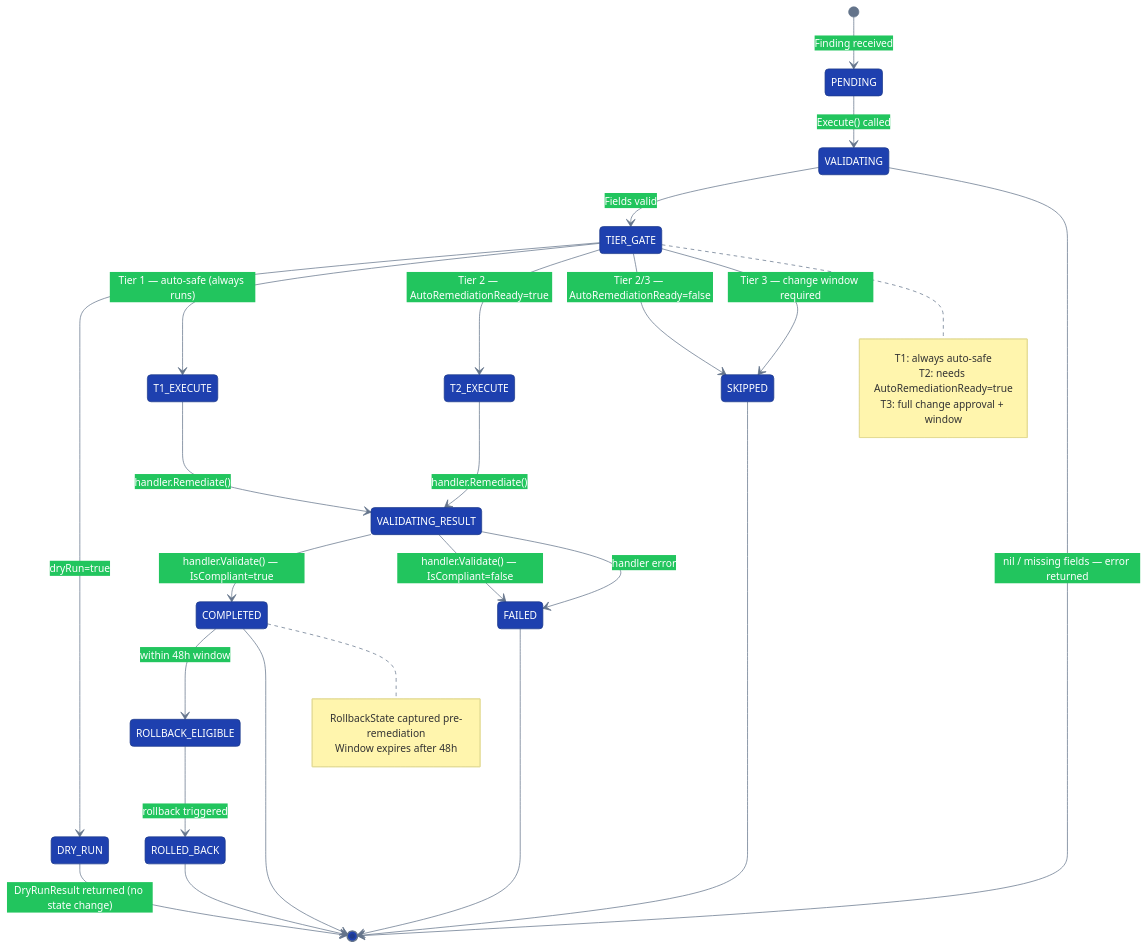
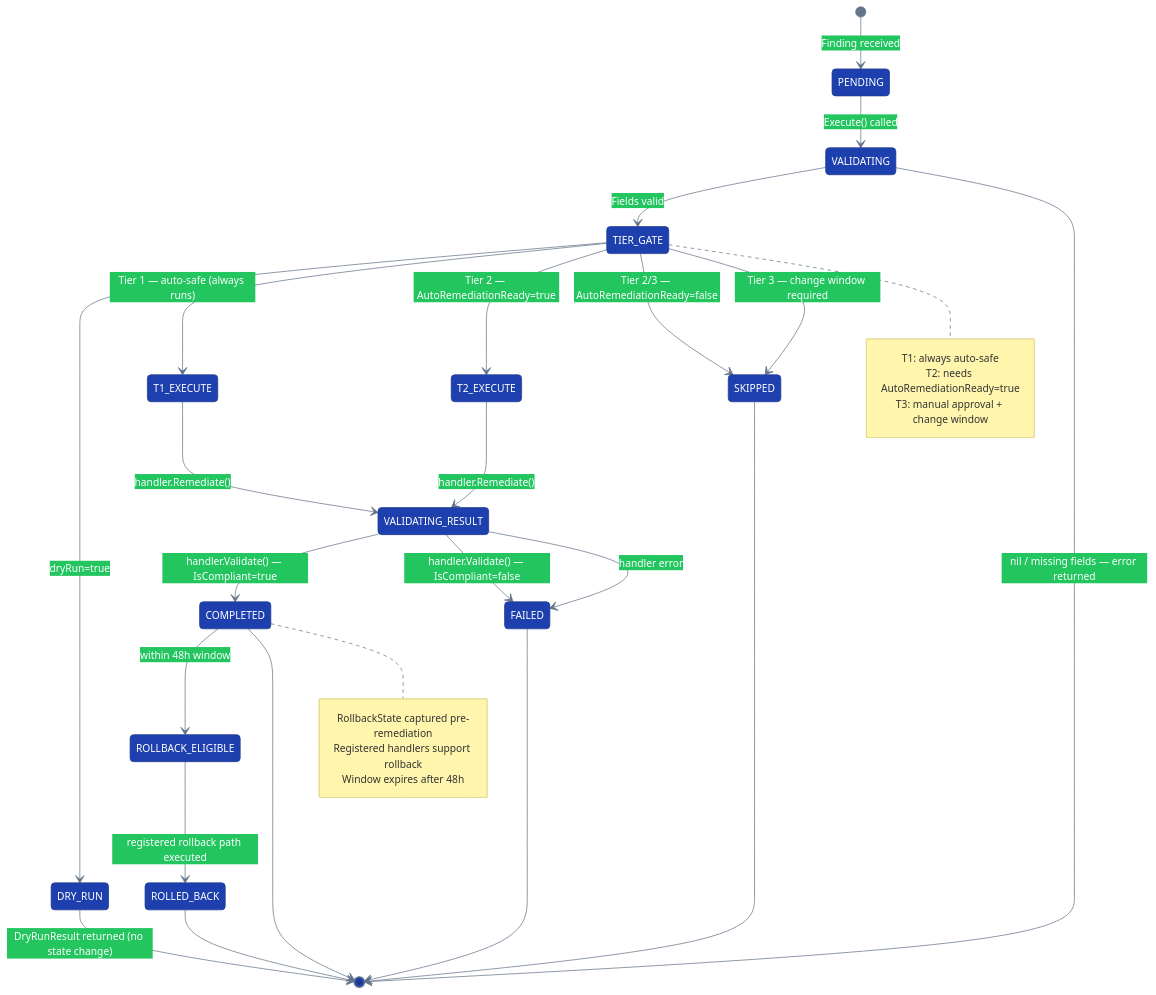
The diagram in docs/core/diagrams/remediation-dispatcher-flow.mmd (lvonguyen/cloudforge), drawn with Mermaid before and after one commit. The commit also changed 54 other files, not shown here.

First line of the commit message:
docs: Figma-native CF.1-CF.8 diagram exports + stale render cleanup

```diff
--- a/docs/core/diagrams/remediation-dispatcher-flow.mmd
+++ b/docs/core/diagrams/remediation-dispatcher-flow.mmd
@@ -1,45 +1,46 @@
 %%{init: {'theme': 'base', 'themeVariables': {'fontFamily': 'Inter, system-ui, sans-serif', 'fontSize': '14px', 'primaryColor': '#1e40af', 'primaryTextColor': '#fff', 'primaryBorderColor': '#1e3a8a', 'lineColor': '#64748b', 'secondaryColor': '#22c55e', 'tertiaryColor': '#ef4444'}}}%%
 
 stateDiagram-v2
     direction TB
 
     [*] --> PENDING : Finding received
 
     PENDING --> VALIDATING : Execute() called
 
     VALIDATING --> TIER_GATE : Fields valid
     VALIDATING --> [*] : nil / missing fields — error returned
 
     TIER_GATE --> DRY_RUN : dryRun=true
     TIER_GATE --> T1_EXECUTE : Tier 1 — auto-safe (always runs)
     TIER_GATE --> T2_EXECUTE : Tier 2 — AutoRemediationReady=true
     TIER_GATE --> SKIPPED : Tier 2/3 — AutoRemediationReady=false
     TIER_GATE --> SKIPPED : Tier 3 — change window required
 
     DRY_RUN --> [*] : DryRunResult returned (no state change)
 
     T1_EXECUTE --> VALIDATING_RESULT : handler.Remediate()
     T2_EXECUTE --> VALIDATING_RESULT : handler.Remediate()
 
     VALIDATING_RESULT --> COMPLETED : handler.Validate() — IsCompliant=true
     VALIDATING_RESULT --> FAILED : handler.Validate() — IsCompliant=false
     VALIDATING_RESULT --> FAILED : handler error
 
     COMPLETED --> ROLLBACK_ELIGIBLE : within 48h window
-    ROLLBACK_ELIGIBLE --> ROLLED_BACK : rollback triggered
+    ROLLBACK_ELIGIBLE --> ROLLED_BACK : registered rollback path executed
     ROLLED_BACK --> [*]
 
     SKIPPED --> [*]
     FAILED --> [*]
     COMPLETED --> [*]
 
     note right of TIER_GATE
         T1: always auto-safe
         T2: needs AutoRemediationReady=true
-        T3: full change approval + window
+        T3: manual approval + change window
     end note
 
     note right of COMPLETED
         RollbackState captured pre-remediation
+        Registered handlers support rollback
         Window expires after 48h
     end note
```
